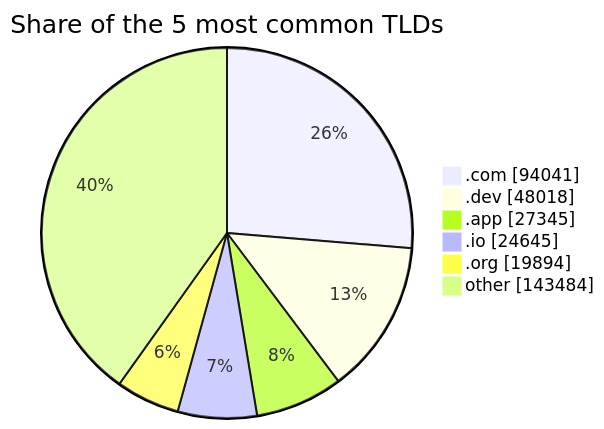
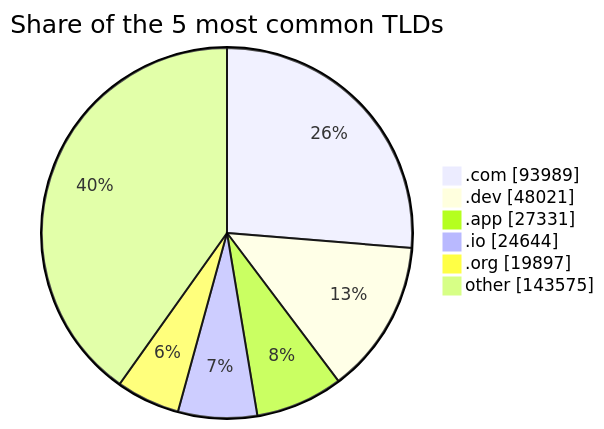
One commit to DNSBunker/CTI changed the third of 3 diagrams in README.md. Above: the diagram before and after it, drawn with Mermaid. The commit also changed other lines of this file and 3 other files, not shown here.

````diff
--- a/README.md
+++ b/README.md
@@ -81,9 +81,9 @@
 ```mermaid
 pie showData title Share of the 5 most common TLDs
-    ".com" : 94041
-    ".dev" : 48018
-    ".app" : 27345
-    ".io" : 24645
-    ".org" : 19894
-    "other" : 143484
+    ".com" : 93989
+    ".dev" : 48021
+    ".app" : 27331
+    ".io" : 24644
+    ".org" : 19897
+    "other" : 143575
 ```
````
